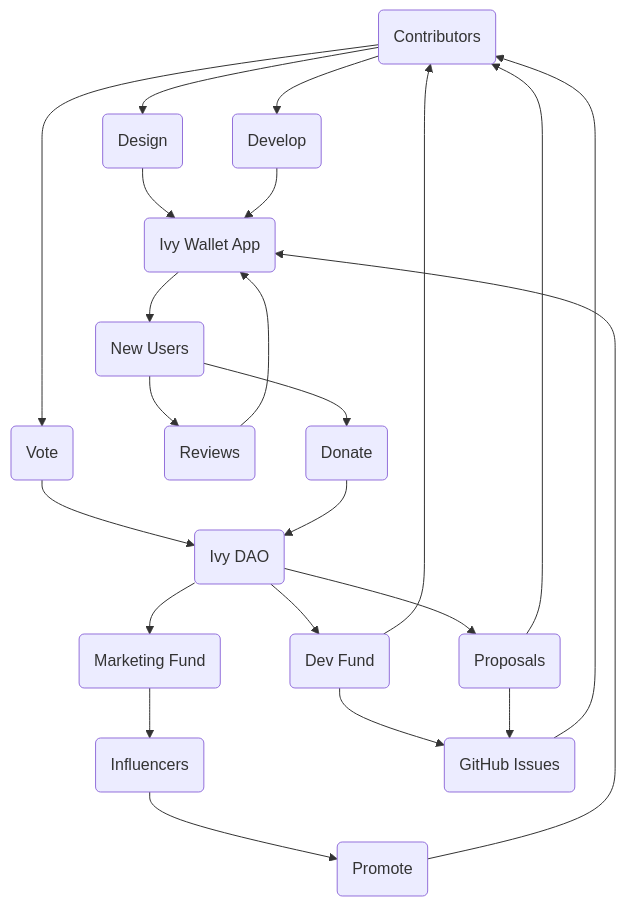
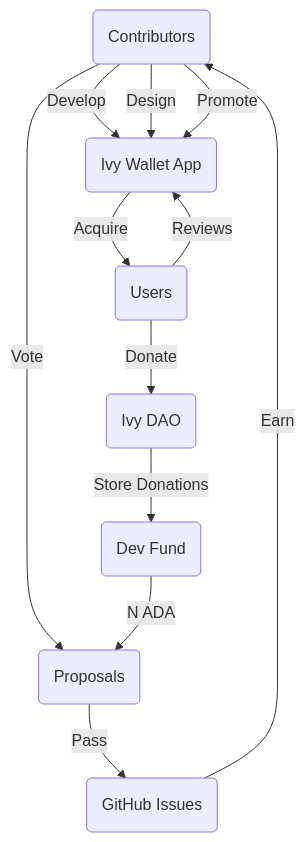
One commit to Ivy-Apps/ivy-wallet changed the diagram in docs/Ivy-Dao.md. Above: the diagram before and after it, drawn with Mermaid.

Commit message:
Simplify Ivy DAO

````diff
--- a/docs/Ivy-Dao.md
+++ b/docs/Ivy-Dao.md
@@ -4,48 +4,29 @@
 ```mermaid
 graph TD;
     contribs(Contributors)
-    users(New Users)
-    inf(Influencers)
+    users(Users)
     dao(Ivy DAO)
     product(Ivy Wallet App)
 
-    dao_marketing_fund(Marketing Fund)
+    dao_dev_fund(Dev Fund)
     dao_proposals(Proposals)
-    dao_dev_fund(Dev Fund)
-    contribs_design(Design)
-    contribs_dev(Develop)
-    contribs_vote(Vote)
-    u_reviews(Reviews)
-    u_donate(Donate)
-    inf_promote(Promote)
 
     tickets(GitHub Issues)
-    tickets --> contribs
-    dao_dev_fund --> tickets
-    dao_proposals --> tickets    
 
-    contribs --> contribs_dev
-    contribs --> contribs_design
-    contribs --> contribs_vote
+    contribs -- Develop --> product
+    contribs -- Design --> product
+    contribs -- Promote --> product
+    contribs -- Vote --> dao_proposals
 
-    contribs_vote --> dao
-    contribs_design --> product
-    contribs_dev --> product
+    product -- Acquire --> users
+
+    users -- Reviews --> product
+    users -- Donate --> dao
+
+    dao -- Store Donations --> dao_dev_fund
+    dao_dev_fund -- N ADA --> dao_proposals
+
+    dao_proposals -- Pass --> tickets
+    tickets -- Earn --> contribs
   
-    dao --> dao_proposals
-    dao_proposals --> contribs
-    dao --> dao_dev_fund
-    dao --> dao_marketing_fund --> inf
-    dao_dev_fund --> contribs
-
-    product --> users
-
-    users --> u_reviews
-    users --> u_donate
-
-    u_reviews --> product
-    u_donate --> dao  
-
-    inf --> inf_promote
-    inf_promote --> product
 ```
````
